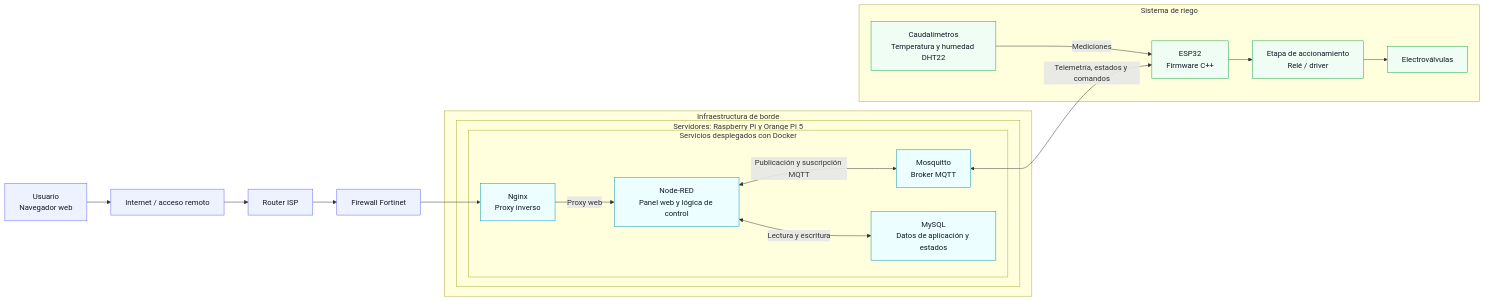
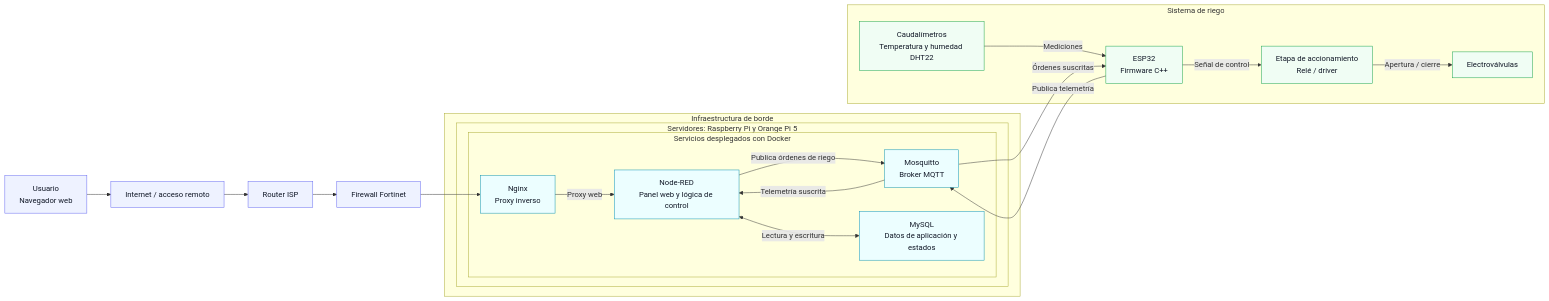
The diagram in README.md (ANTONIOSERRANOCORRAL/smart-irrigation-iot-system), drawn with Mermaid before and after one commit. The commit also changed other lines of this file and 5 other files, not shown here.

Commit message:
docs: refine MQTT flows and add project photos

````diff
--- a/README.md
+++ b/README.md
@@ -15,40 +11,43 @@
 ```mermaid
 flowchart LR
     usuario["Usuario<br/>Navegador web"]
     internet["Internet / acceso remoto"]
     router["Router ISP"]
     firewall["Firewall Fortinet"]
 
     subgraph edge["Infraestructura de borde"]
         subgraph hosts["Servidores: Raspberry Pi y Orange Pi 5"]
             subgraph docker["Servicios desplegados con Docker"]
                 nginx["Nginx<br/>Proxy inverso"]
                 nodered["Node-RED<br/>Panel web y lógica de control"]
                 mqtt["Mosquitto<br/>Broker MQTT"]
                 mysql["MySQL<br/>Datos de aplicación y estados"]
             end
         end
     end
 
     subgraph campo["Sistema de riego"]
         sensores["Caudalímetros<br/>Temperatura y humedad DHT22"]
         esp["ESP32<br/>Firmware C++"]
         driver["Etapa de accionamiento<br/>Relé / driver"]
         valvulas["Electroválvulas"]
         sensores -->|Mediciones| esp
-        esp --> driver --> valvulas
+        esp -->|Señal de control| driver
+        driver -->|Apertura / cierre| valvulas
     end
 
     usuario --> internet --> router --> firewall --> nginx
     nginx -->|Proxy web| nodered
-    nodered <-->|Publicación y suscripción MQTT| mqtt
+    esp -->|Publica telemetría| mqtt
+    mqtt -->|Telemetría suscrita| nodered
+    nodered -->|Publica órdenes de riego| mqtt
+    mqtt -->|Órdenes suscritas| esp
     nodered <-->|Lectura y escritura| mysql
-    mqtt <-->|Telemetría, estados y comandos| esp
 
     classDef network fill:#eef2ff,stroke:#6366f1,color:#111827
     classDef service fill:#ecfeff,stroke:#0891b2,color:#111827
     classDef field fill:#f0fdf4,stroke:#16a34a,color:#111827
     class usuario,internet,router,firewall network
     class nginx,nodered,mqtt,mysql service
     class sensores,esp,driver,valvulas field
 ```
````
